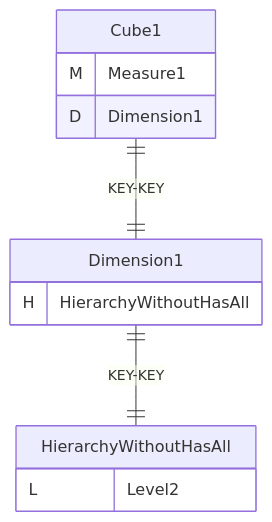
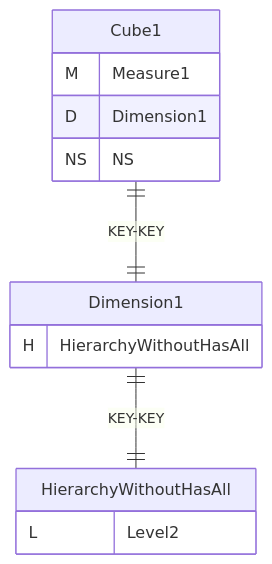
The first of 3 diagrams in demo/server/catalogs/tutorial_27_Cube_with_NamedSet/README.MD (xmla-services/workground), drawn with Mermaid before and after one commit. The commit also changed 15 other files, not shown here.

````diff
--- a/demo/server/catalogs/tutorial_27_Cube_with_NamedSet/README.MD
+++ b/demo/server/catalogs/tutorial_27_Cube_with_NamedSet/README.MD
@@ -47,26 +47,27 @@
 ```mermaid
 %%{init: {
 "theme": "default",
 "themeCSS": [
     ".er.entityBox {stroke: black;}",
     ".er.attributeBoxEven {stroke: black;}",
     ".er.attributeBoxOdd {stroke: black;}",
     "[id^=entity-c] .er.entityBox { fill: lightgreen;} ",
     "[id^=entity-d] .er.entityBox { fill: powderblue;} ",
     "[id^=entity-h] .er.entityBox { fill: pink;} "
 ]
 }}%%
 erDiagram
 c0["Cube1"]{
 M Measure1 ""
 D Dimension1 ""
+NS NS ""
 }
 d00["Dimension1"] {
 H HierarchyWithoutHasAll ""
 }
 h000["HierarchyWithoutHasAll"] {
 L Level2 ""
 }
 "c0" ||--|| "d00" : "KEY-KEY"
 "d00" ||--|| "h000" : "KEY-KEY"
 ```
````
